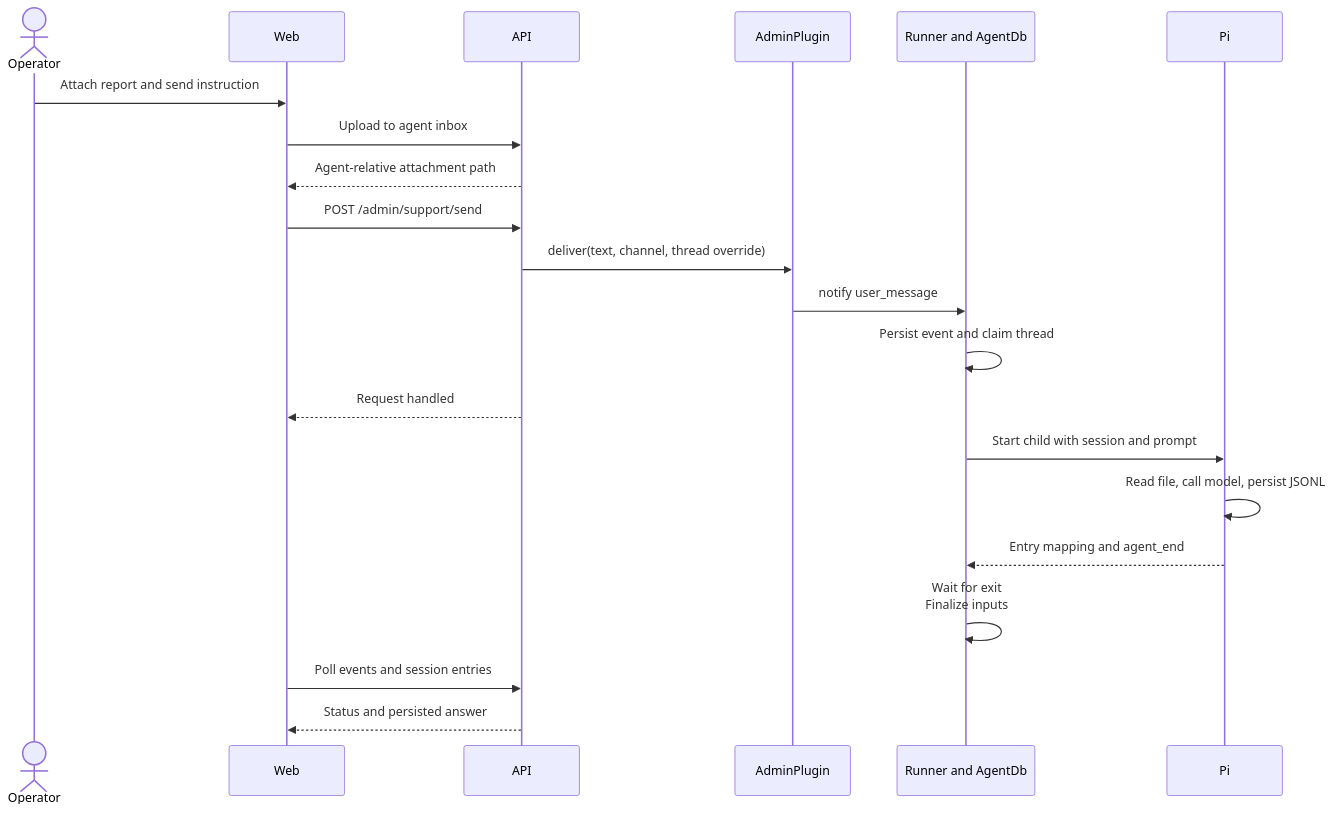
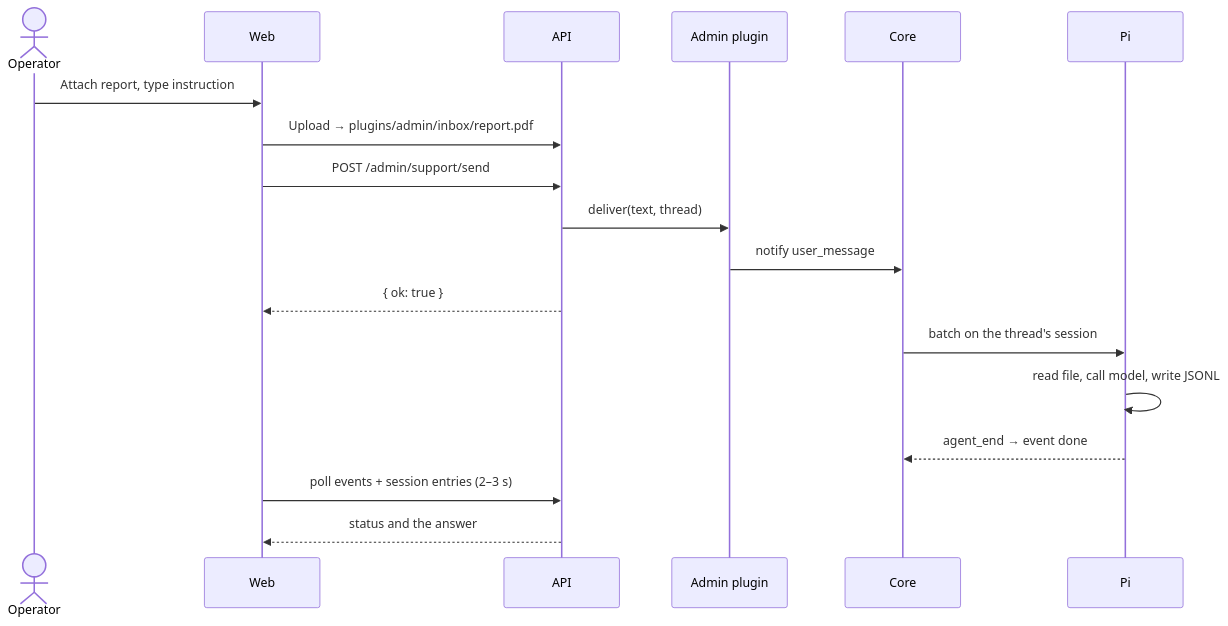
Before and after one commit to cognisphere-sh/cognisphere-harness: the sixth of 7 diagrams in docs/high-level-design.md, drawn with Mermaid. The commit also changed other lines of this file and 19 other files, not shown here.

First line of the commit message:
Update core implementation roadmap with revised delivery order and agent configuration details

````diff
--- a/docs/high-level-design.md
+++ b/docs/high-level-design.md
@@ -61,23 +137,20 @@
 ```mermaid
 sequenceDiagram
     actor Operator
     participant Web
     participant API
-    participant Plugin as AdminPlugin
-    participant Core as Runner and AgentDb
+    participant Admin as Admin plugin
+    participant Core
     participant Pi
-    Operator->>Web: Attach report and send instruction
-    Web->>API: Upload to agent inbox
-    API-->>Web: Agent-relative attachment path
+    Operator->>Web: Attach report, type instruction
+    Web->>API: Upload → plugins/admin/inbox/report.pdf
     Web->>API: POST /admin/support/send
-    API->>Plugin: deliver(text, channel, thread override)
-    Plugin->>Core: notify user_message
-    Core->>Core: Persist event and claim thread
-    API-->>Web: Request handled
-    Core->>Pi: Start child with session and prompt
-    Pi->>Pi: Read file, call model, persist JSONL
-    Pi-->>Core: Entry mapping and agent_end
-    Core->>Core: Wait for exit<br/>Finalize inputs
-    Web->>API: Poll events and session entries
-    API-->>Web: Status and persisted answer
+    API->>Admin: deliver(text, thread)
+    Admin->>Core: notify user_message
+    API-->>Web: { ok: true }
+    Core->>Pi: batch on the thread's session
+    Pi->>Pi: read file, call model, write JSONL
+    Pi-->>Core: agent_end → event done
+    Web->>API: poll events + session entries (2–3 s)
+    API-->>Web: status and the answer
 ```
````
